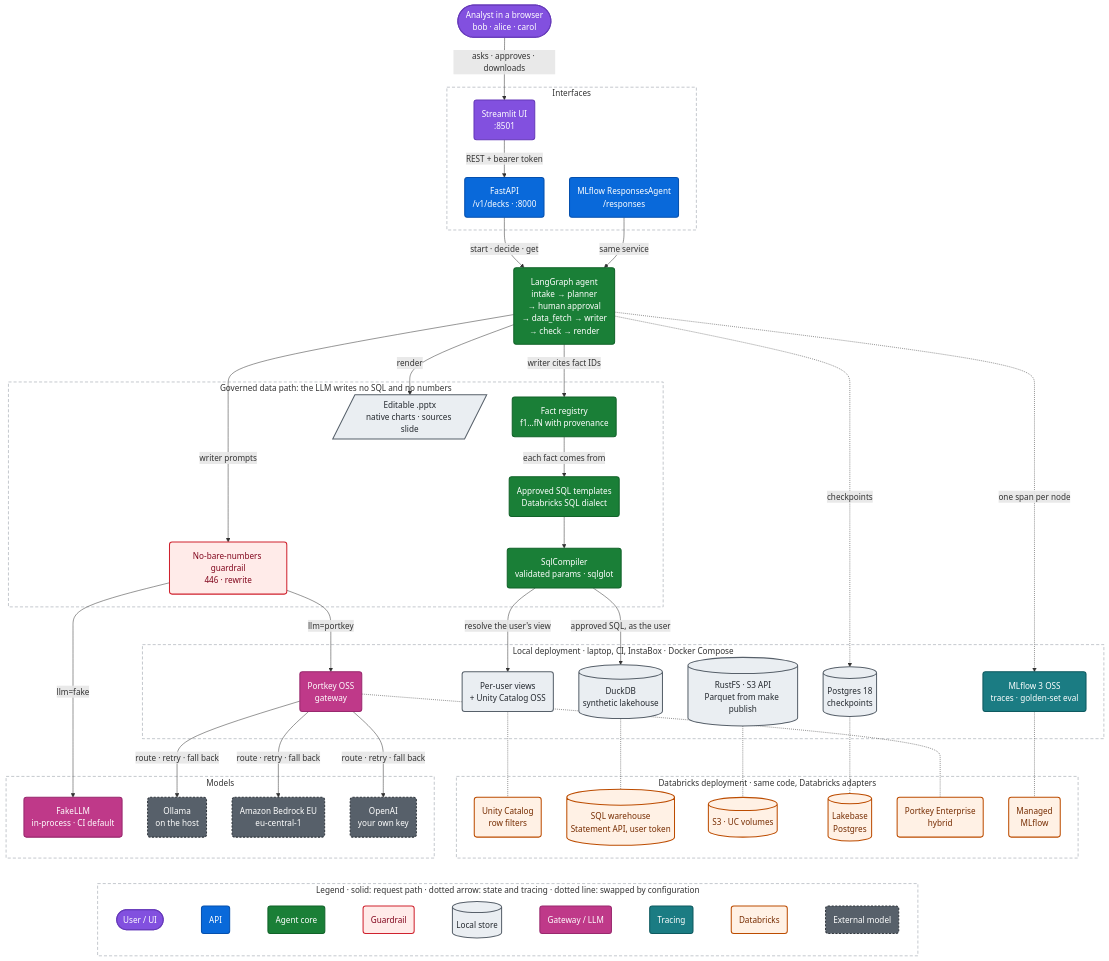
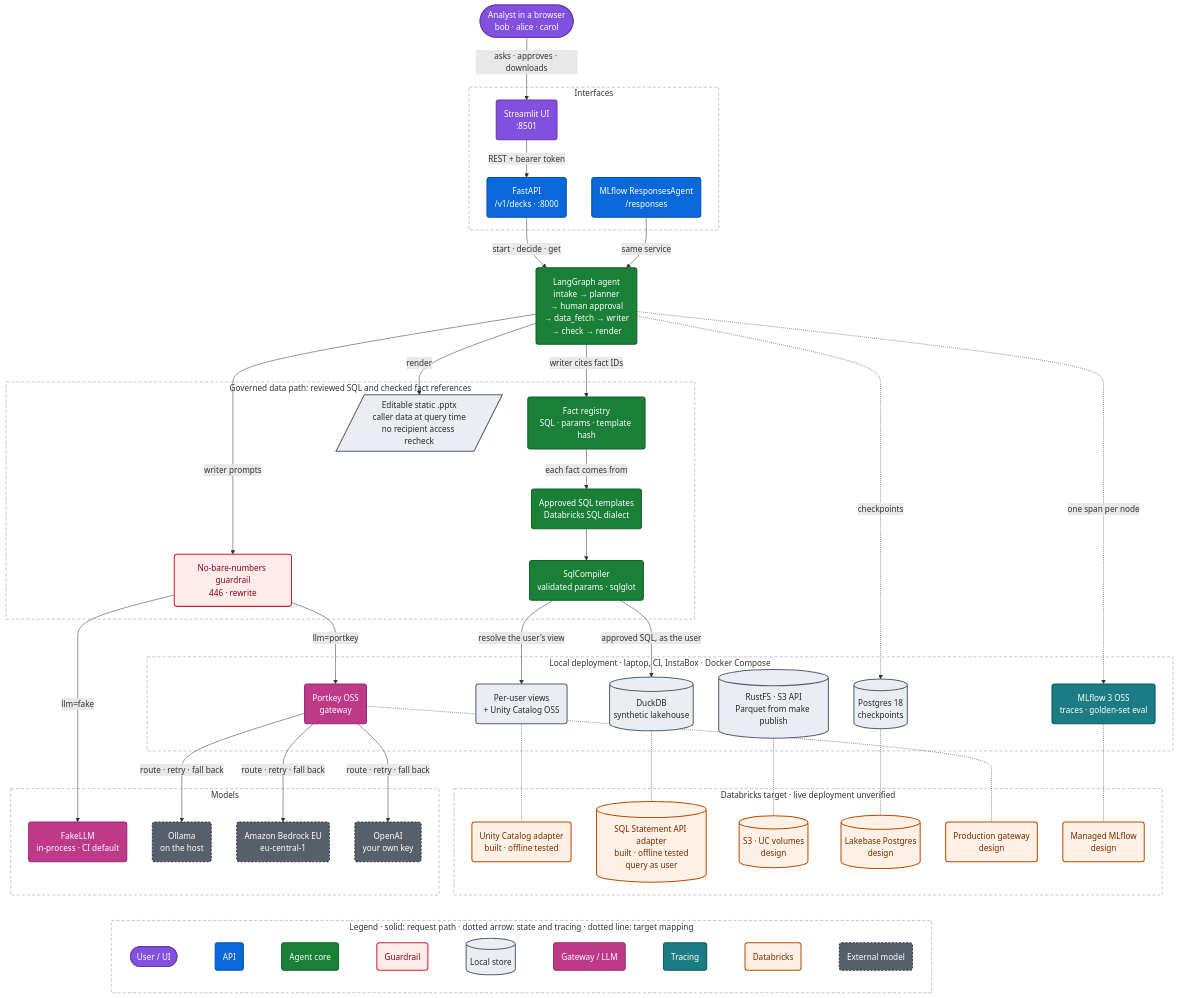
Before and after one commit to santoshshinde2012/deck-smith-local: the diagram in docs/diagrams/system.mmd, drawn with Mermaid. The commit also changed 30 other files, not shown here.

First line of the commit message:
docs: describe what the checks prove and what still needs a workspace

```diff
--- a/docs/diagrams/system.mmd
+++ b/docs/diagrams/system.mmd
@@ -1,93 +1,93 @@
 %% diagram: system
-%% caption: End-to-end system architecture. One agent, two deployments: a local stack for laptops, CI and InstaBox, and Databricks. Only configuration changes.
+%% caption: System architecture. The local stack runs end to end. Databricks identity, catalog and SQL adapters are implemented and tested offline; workspace deployment, managed state, storage, tracing and model routing still need validation.
 flowchart TB
   USER(["Analyst in a browser<br/>bob · alice · carol"]):::ui
 
   subgraph IF["Interfaces"]
     UI("Streamlit UI<br/>:8501"):::ui
     API("FastAPI<br/>/v1/decks · :8000"):::app
     RA("MLflow ResponsesAgent<br/>/responses"):::app
   end
 
   AGENT("LangGraph agent<br/>intake → planner<br/>→ human approval<br/>→ data_fetch → writer<br/>→ check → render"):::core
 
-  subgraph GOV["Governed data path: the LLM writes no SQL and no numbers"]
-    FR("Fact registry<br/>f1…fN with provenance"):::core
+  subgraph GOV["Governed data path: reviewed SQL and checked fact references"]
+    FR("Fact registry<br/>SQL · params · template hash"):::core
     TPL("Approved SQL templates<br/>Databricks SQL dialect"):::core
     CMP("SqlCompiler<br/>validated params · sqlglot"):::core
     GR("No-bare-numbers guardrail<br/>446 · rewrite"):::sec
-    PPTX[/"Editable .pptx<br/>native charts · sources slide"/]:::store
+    PPTX[/"Editable static .pptx<br/>caller data at query time<br/>no recipient access recheck"/]:::store
   end
 
   subgraph LOCAL["Local deployment · laptop, CI, InstaBox · Docker Compose"]
     L_UC("Per-user views<br/>+ Unity Catalog OSS"):::store
     L_DS[("DuckDB<br/>synthetic lakehouse")]:::store
     L_S3[("RustFS · S3 API<br/>Parquet from make publish")]:::store
     L_ST[("Postgres 18<br/>checkpoints")]:::store
     L_GW("Portkey OSS<br/>gateway"):::llm
     L_TR("MLflow 3 OSS<br/>traces · golden-set eval"):::obs
   end
 
-  subgraph DBX["Databricks deployment · same code, Databricks adapters"]
-    D_UC("Unity Catalog<br/>row filters"):::dbx
-    D_DS[("SQL warehouse<br/>Statement API, user token")]:::dbx
-    D_S3[("S3 · UC volumes")]:::dbx
-    D_ST[("Lakebase<br/>Postgres")]:::dbx
-    D_GW("Portkey Enterprise<br/>hybrid"):::dbx
-    D_TR("Managed<br/>MLflow"):::dbx
+  subgraph DBX["Databricks target · live deployment unverified"]
+    D_UC("Unity Catalog adapter<br/>built · offline tested"):::dbx
+    D_DS[("SQL Statement API adapter<br/>built · offline tested<br/>query as user")]:::dbx
+    D_S3[("S3 · UC volumes<br/>design")]:::dbx
+    D_ST[("Lakebase Postgres<br/>design")]:::dbx
+    D_GW("Production gateway<br/>design"):::dbx
+    D_TR("Managed MLflow<br/>design"):::dbx
   end
 
   subgraph MODELS["Models"]
     FAKE("FakeLLM<br/>in-process · CI default"):::llm
     OLL("Ollama<br/>on the host"):::ext
     BED("Amazon Bedrock EU<br/>eu-central-1"):::ext
     OAI("OpenAI<br/>your own key"):::ext
   end
 
   USER -->|asks · approves · downloads| UI
   UI -->|REST + bearer token| API
   API -->|start · decide · get| AGENT
   RA -->|same service| AGENT
   AGENT -->|writer cites fact IDs| FR
   FR -->|each fact comes from| TPL
   TPL --> CMP
   CMP -->|"resolve the user's view"| L_UC
   CMP -->|approved SQL, as the user| L_DS
   AGENT -->|writer prompts| GR
   GR -->|llm=portkey| L_GW
   GR -->|llm=fake| FAKE
   L_GW -->|route · retry · fall back| OLL & BED & OAI
   AGENT -->|render| PPTX
   AGENT -.->|checkpoints| L_ST
   AGENT -.->|one span per node| L_TR
 
   L_UC -.- D_UC
   L_DS -.- D_DS
   L_S3 -.- D_S3
   L_ST -.- D_ST
   L_GW -.- D_GW
   L_TR -.- D_TR
 
-  subgraph LEGEND["Legend · solid: request path · dotted arrow: state and tracing · dotted line: swapped by configuration"]
+  subgraph LEGEND["Legend · solid: request path · dotted arrow: state and tracing · dotted line: target mapping"]
     direction LR
     K1(["User / UI"]):::ui ~~~ K2("API"):::app ~~~ K3("Agent core"):::core ~~~ K4("Guardrail"):::sec ~~~ K5[("Local store")]:::store ~~~ K6("Gateway / LLM"):::llm ~~~ K7("Tracing"):::obs ~~~ K8("Databricks"):::dbx ~~~ K9("External model"):::ext
   end
 
   classDef ui fill:#8250DF,stroke:#6639BA,stroke-width:2px,color:#FFFFFF
   classDef app fill:#0969DA,stroke:#0550AE,stroke-width:2px,color:#FFFFFF
   classDef core fill:#1A7F37,stroke:#116329,stroke-width:2px,color:#FFFFFF
   classDef port fill:#FFF8C5,stroke:#9A6700,stroke-width:2px,color:#3B2300
   classDef local fill:#DDF4FF,stroke:#0969DA,stroke-width:2px,color:#0A3069
   classDef dbx fill:#FFF1E5,stroke:#BC4C00,stroke-width:2px,color:#762C00
   classDef store fill:#EAEEF2,stroke:#57606A,stroke-width:2px,color:#24292F
   classDef llm fill:#BF3989,stroke:#99286E,stroke-width:2px,color:#FFFFFF
   classDef obs fill:#1B7C83,stroke:#0E5A60,stroke-width:2px,color:#FFFFFF
   classDef ext fill:#57606A,stroke:#32383F,stroke-width:2px,color:#FFFFFF,stroke-dasharray:4 3
   classDef sec fill:#FFEBE9,stroke:#CF222E,stroke-width:2px,color:#82071E
   style IF fill:transparent,stroke:#8C959F,stroke-width:1px,stroke-dasharray:6 4
   style GOV fill:transparent,stroke:#8C959F,stroke-width:1px,stroke-dasharray:6 4
   style LOCAL fill:transparent,stroke:#8C959F,stroke-width:1px,stroke-dasharray:6 4
   style DBX fill:transparent,stroke:#8C959F,stroke-width:1px,stroke-dasharray:6 4
   style MODELS fill:transparent,stroke:#8C959F,stroke-width:1px,stroke-dasharray:6 4
   DBX ~~~ LEGEND
   style LEGEND fill:transparent,stroke:#8C959F,stroke-width:1px,stroke-dasharray:6 4
```
